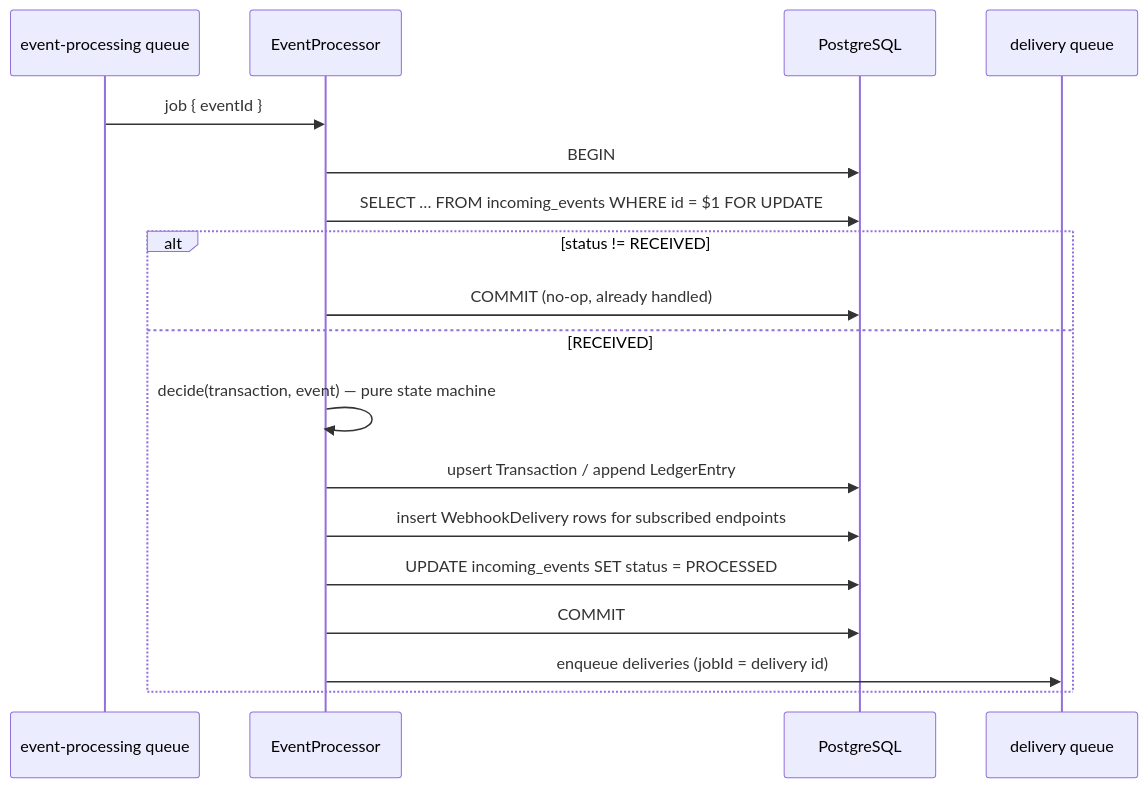
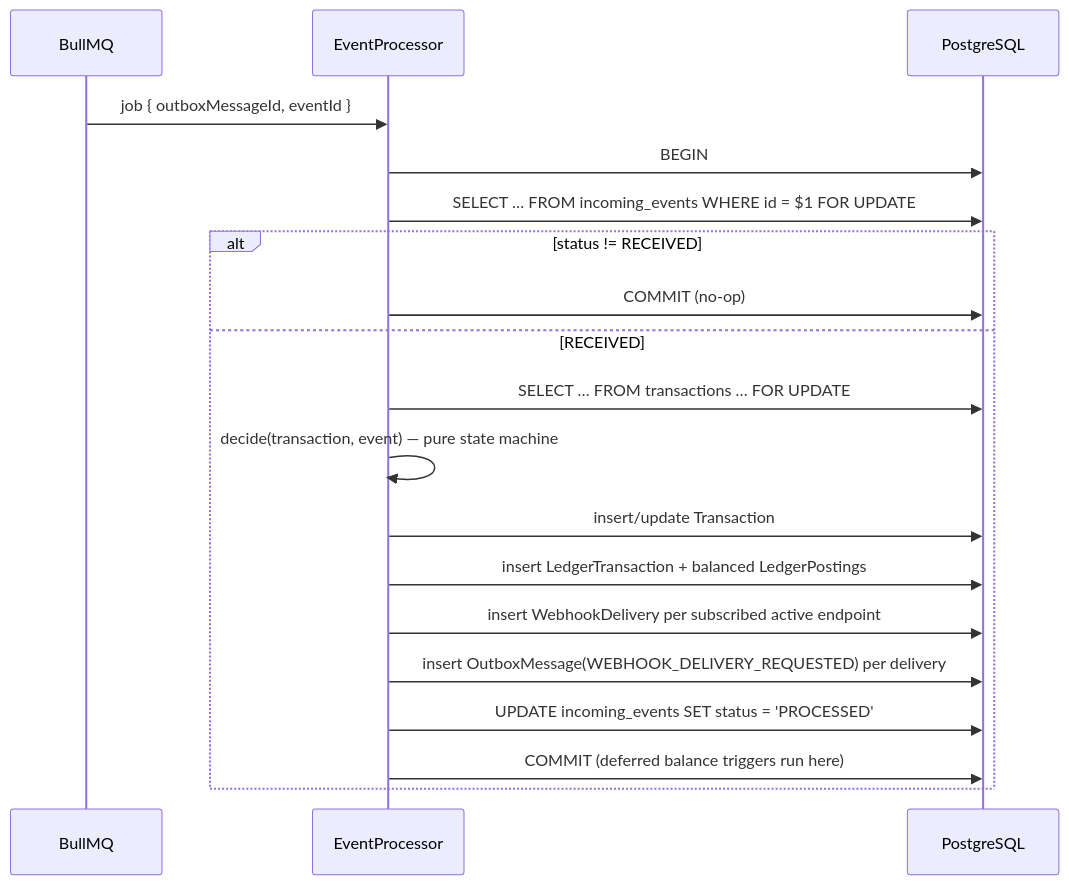
The second of 3 diagrams in docs/implementation-plan.md (AlhasanWas/relayforge), drawn with Mermaid before and after one commit. The commit also changed other lines of this file, not shown here.

First line of the commit message:
docs: revise plan with outbox, provider connections and double-entry ledger

````diff
--- a/docs/implementation-plan.md
+++ b/docs/implementation-plan.md
@@ -132,20 +292,21 @@
 ```mermaid
 sequenceDiagram
-    participant Q as event-processing queue
+    participant Q as BullMQ
     participant W as EventProcessor
     participant DB as PostgreSQL
-    participant DQ as delivery queue
-    Q->>W: job { eventId }
+    Q->>W: job { outboxMessageId, eventId }
     W->>DB: BEGIN
     W->>DB: SELECT … FROM incoming_events WHERE id = $1 FOR UPDATE
     alt status != RECEIVED
-        W->>DB: COMMIT (no-op, already handled)
+        W->>DB: COMMIT (no-op)
     else RECEIVED
+        W->>DB: SELECT … FROM transactions … FOR UPDATE
         W->>W: decide(transaction, event) — pure state machine
-        W->>DB: upsert Transaction / append LedgerEntry
-        W->>DB: insert WebhookDelivery rows for subscribed endpoints
-        W->>DB: UPDATE incoming_events SET status = PROCESSED
-        W->>DB: COMMIT
-        W->>DQ: enqueue deliveries (jobId = delivery id)
+        W->>DB: insert/update Transaction
+        W->>DB: insert LedgerTransaction + balanced LedgerPostings
+        W->>DB: insert WebhookDelivery per subscribed active endpoint
+        W->>DB: insert OutboxMessage(WEBHOOK_DELIVERY_REQUESTED) per delivery
+        W->>DB: UPDATE incoming_events SET status = 'PROCESSED'
+        W->>DB: COMMIT (deferred balance triggers run here)
     end
 ```
````
